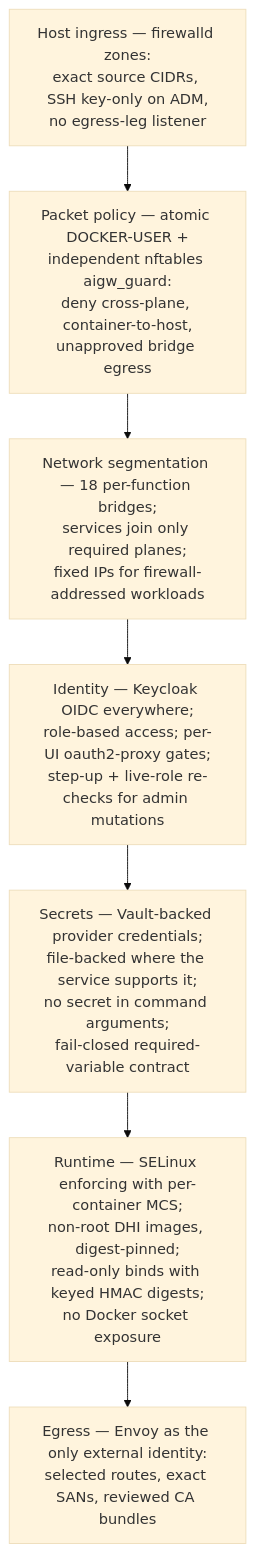
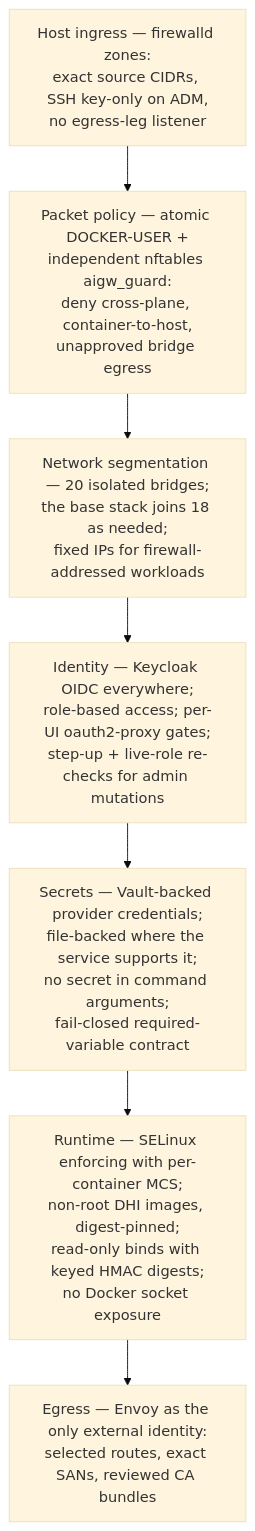
The eighth of 14 diagrams in docs/architecture-diagrams.md (derhornspieler/ai-gateway), drawn with Mermaid (base theme) before and after one commit. The commit also changed 2 other files, not shown here.

Commit message:
docs(ops): align preprod network and Cribl facts

````diff
--- a/docs/architecture-diagrams.md
+++ b/docs/architecture-diagrams.md
@@ -266,11 +266,11 @@
 ```mermaid
 flowchart TB
   L1[Host ingress — firewalld zones:<br/>exact source CIDRs, SSH key-only on ADM,<br/>no egress-leg listener]
   L2[Packet policy — atomic DOCKER-USER +<br/>independent nftables aigw_guard:<br/>deny cross-plane, container-to-host,<br/>unapproved bridge egress]
-  L3[Network segmentation — 18 per-function bridges;<br/>services join only required planes;<br/>fixed IPs for firewall-addressed workloads]
+  L3[Network segmentation — 20 isolated bridges;<br/>the base stack joins 18 as needed;<br/>fixed IPs for firewall-addressed workloads]
   L4[Identity — Keycloak OIDC everywhere;<br/>role-based access; per-UI oauth2-proxy gates;<br/>step-up + live-role re-checks for admin mutations]
   L5["Secrets — Vault-backed provider credentials;<br/>file-backed where the service supports it;<br/>no secret in command arguments;<br/>fail-closed required-variable contract"]
   L6[Runtime — SELinux enforcing with per-container MCS;<br/>non-root DHI images, digest-pinned;<br/>read-only binds with keyed HMAC digests;<br/>no Docker socket exposure]
   L7[Egress — Envoy as the only external identity:<br/>selected routes, exact SANs, reviewed CA bundles]
   L1 --> L2 --> L3 --> L4 --> L5 --> L6 --> L7
 ```
````
